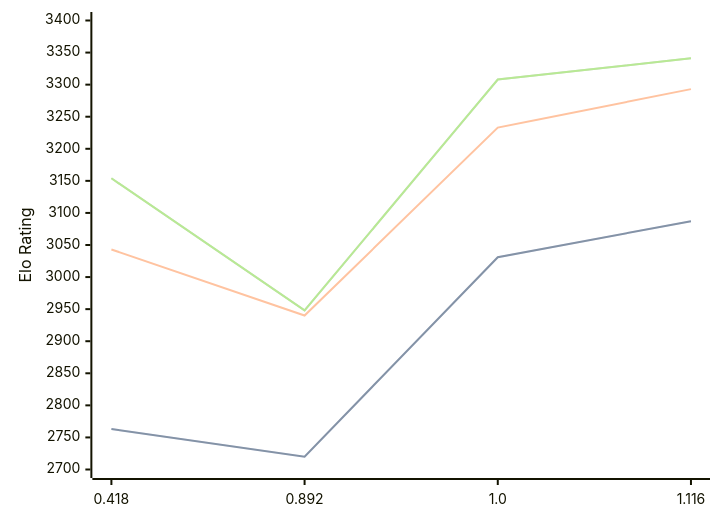
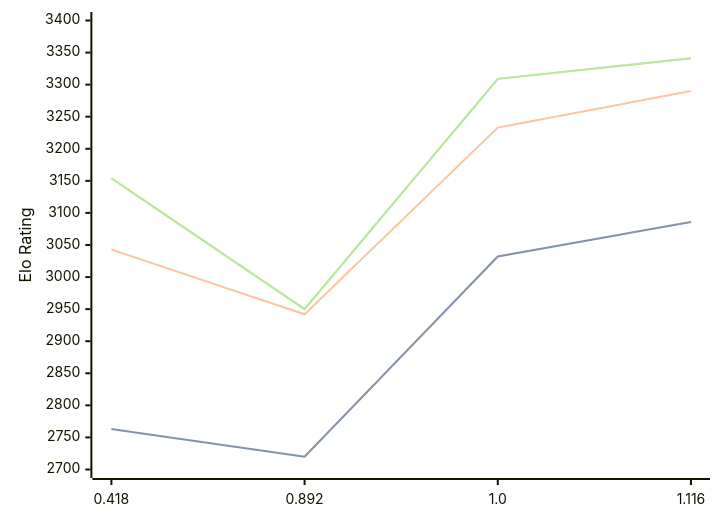
One commit to computer-chess-index/cci changed the diagram in engines/Malika.md. Above: the diagram before and after it, drawn with Mermaid. The commit also changed other lines of this file, not shown here.

Commit message:
Update CCI Ratings (ELO VLTC) - 2026-05-17

````diff
--- a/engines/Malika.md
+++ b/engines/Malika.md
@@ -34,11 +34,11 @@
 ```mermaid
 %%{init: {"theme":"base","themeVariables":{"seriesColors:['#a3a3a3','#222221','#faa371']}}}%%
 xychart-beta
   x-axis ["0.418", "0.892", "1.0", "1.116"]
   y-axis "Elo Rating" 2700 --> 3400
-  line "STC (8.0+0.08s)" [2763, 2720, 3031, 3087]
-  line "STC (8.0+0.08s)" [2763, 2720, 3031, 3087]
-  line "LTC (60.0+0.60s)" [3043, 2940, 3233, 3293]
-  line "VLTC (2m24s+1.12s)" [3154, 2948, 3308, 3341]
-  line "VLTC (2m24s+1.12s)" [3154, 2948, 3308, 3341]
+  line "STC (8.0+0.08s)" [2763, 2720, 3032, 3086]
+  line "STC (8.0+0.08s)" [2763, 2720, 3032, 3086]
+  line "LTC (60.0+0.60s)" [3043, 2942, 3233, 3290]
+  line "VLTC (2m24s+1.12s)" [3154, 2950, 3309, 3341]
+  line "VLTC (2m24s+1.12s)" [3154, 2950, 3309, 3341]
 ```
````
